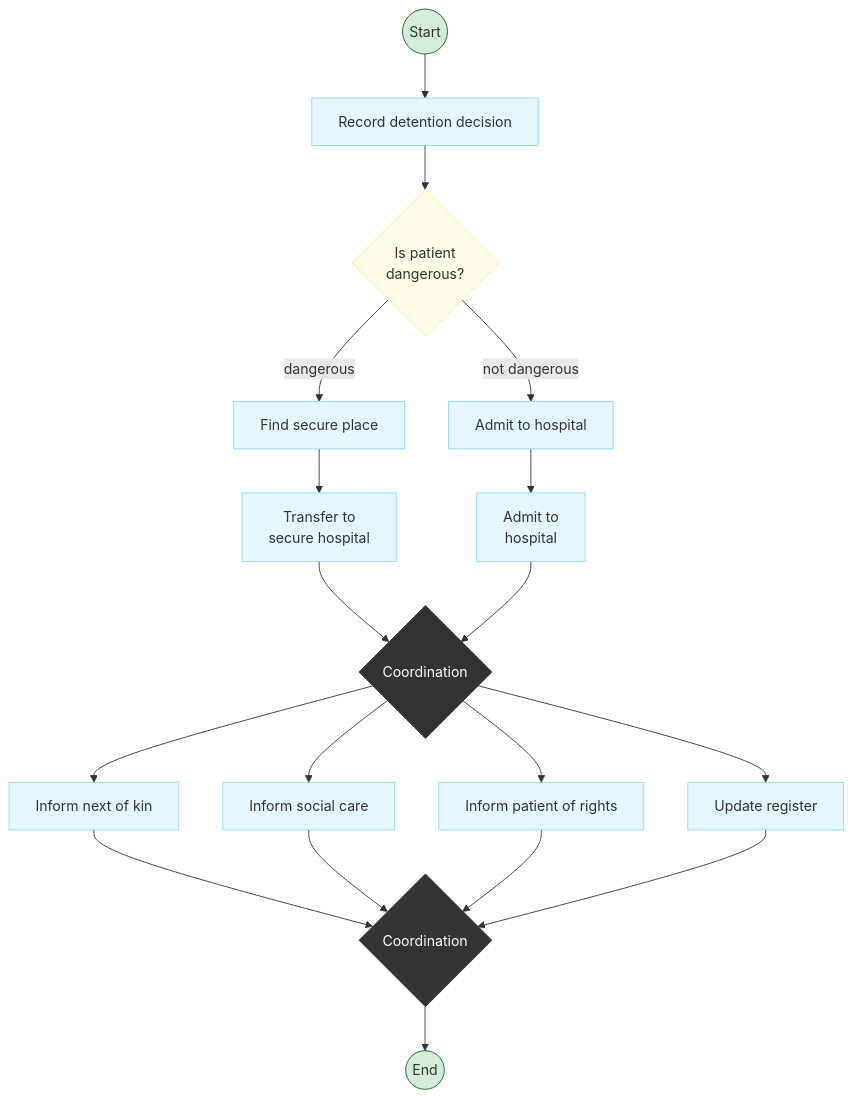
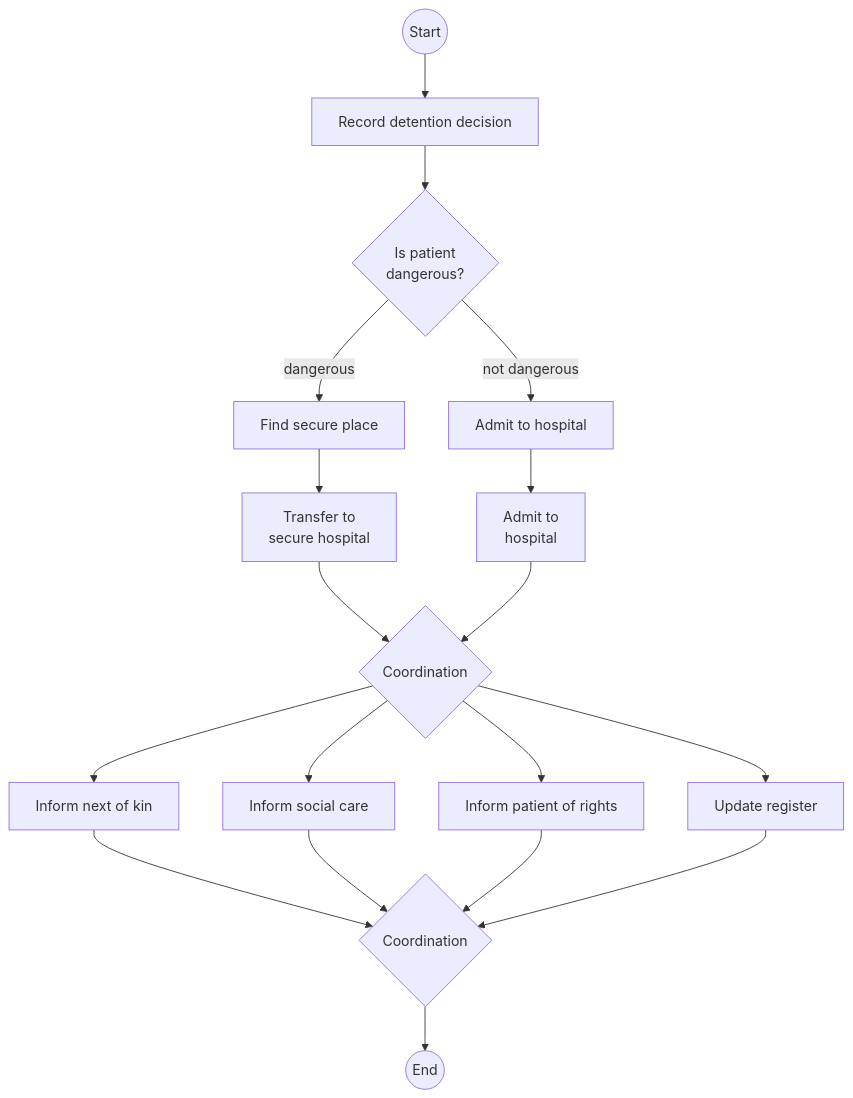
One commit to sujith-eag/sujith-library changed the second of 2 diagrams in docs/mca/se/u21/u2.md. Above: the diagram before and after it, drawn with Mermaid. The commit also changed other lines of this file and 41 other files, not shown here.

First line of the commit message:
Refactor diagrams and remove redundant styles in documentation

````diff
--- a/docs/mca/se/u21/u2.md
+++ b/docs/mca/se/u21/u2.md
@@ -87,37 +84,27 @@
 ```mermaid
 flowchart TD
     Start((Start)) --> A1[Record detention decision]
     A1 --> Choice{Is patient<br>dangerous?}
 
     Choice -->|dangerous| A2_1[Find secure place]
     Choice -->|not dangerous| A2_2[Admit to hospital]
 
     A2_1 --> A3_1[Transfer to<br>secure hospital]
     A2_2 --> A3_2[Admit to<br>hospital]
 
     A3_1 --> Fork1
     A3_2 --> Fork1
 
     %% Fork/Join represented by a bar in standard UML, here using a node for routing
     Fork1{Coordination} --> P1[Inform next of kin]
     Fork1 --> P2[Inform social care]
     Fork1 --> P3[Inform patient of rights]
     Fork1 --> P4[Update register]
 
     P1 --> Join1{Coordination}
     P2 --> Join1
     P3 --> Join1
     P4 --> Join1
 
     Join1 --> End((End))
-
-    classDef process fill:#e6f7ff,stroke:#91d5ff
-    classDef decision fill:#fffbe6,stroke:#ffe58f
-    classDef termination fill:#d4edda,stroke:#155724
-    classDef coordination fill:#333,stroke:#333,color:#fff
-
-    class A1,A2_1,A2_2,A3_1,A3_2,P1,P2,P3,P4 process
-    class Choice decision
-    class Start,End termination
-    class Fork1,Join1 coordination
 ```
````
